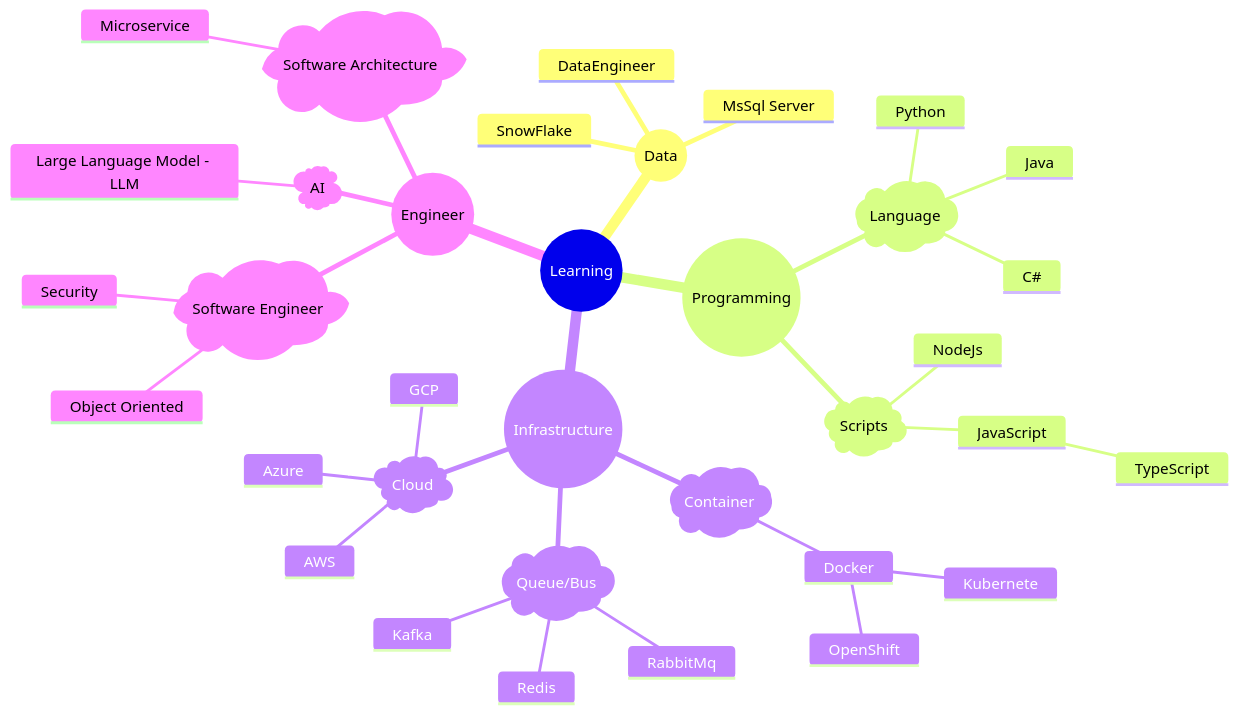
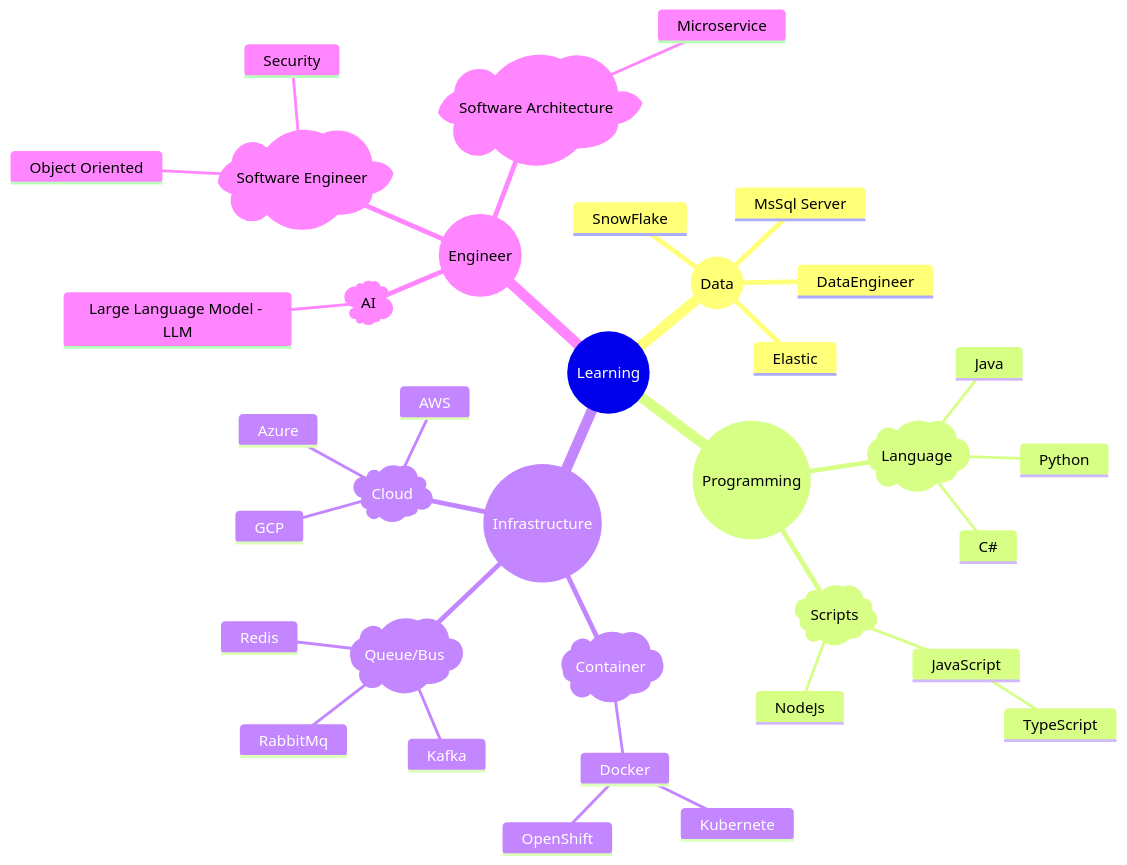
One commit to dennisn/LearningNotes changed the diagram in README.md. Above: the diagram before and after it, drawn with Mermaid. The commit also changed 1 other file, not shown here.

Commit message:
completed data engineering overview

````diff
--- a/README.md
+++ b/README.md
@@ -47,38 +47,39 @@
 ```mermaid
 mindmap
   root((Learning))
     id((Data))
       DataEngineer
+      Elastic
       MsSql Server
       SnowFlake
     id((Programming))
       id)Language(
         Python
         C#
         Java
       id)Scripts(
         NodeJs
         JavaScript
           TypeScript
     id((Infrastructure))
       id)Container(
         Docker
           Kubernete
           OpenShift
       id)Queue/Bus(
         Kafka
         Redis
         RabbitMq
       id)Cloud(
         AWS
         Azure
         GCP
     id((Engineer))
       id)AI(
         Large Language Model - LLM
       id)Software Engineer(
         Object Oriented
         Security
       id)Software Architecture(
         Microservice
 ```
````
